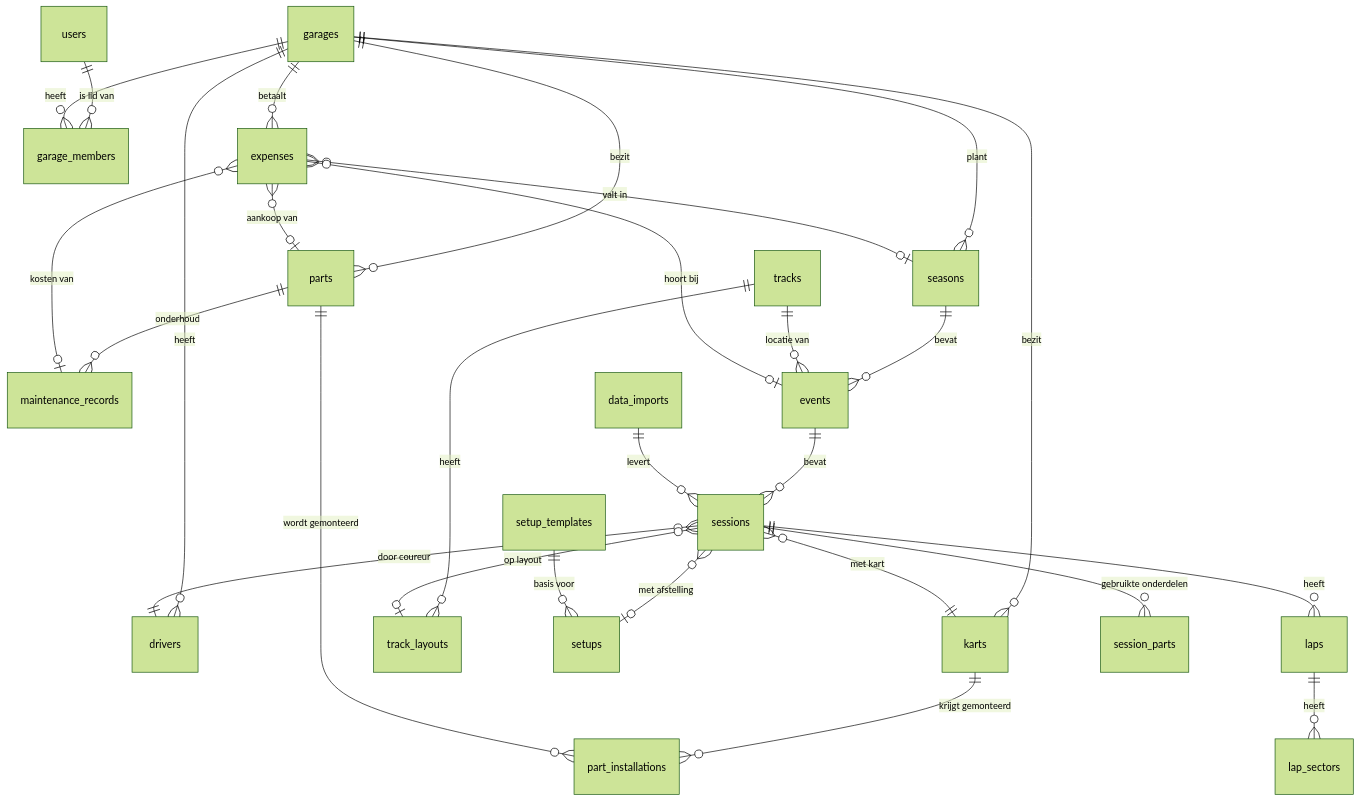
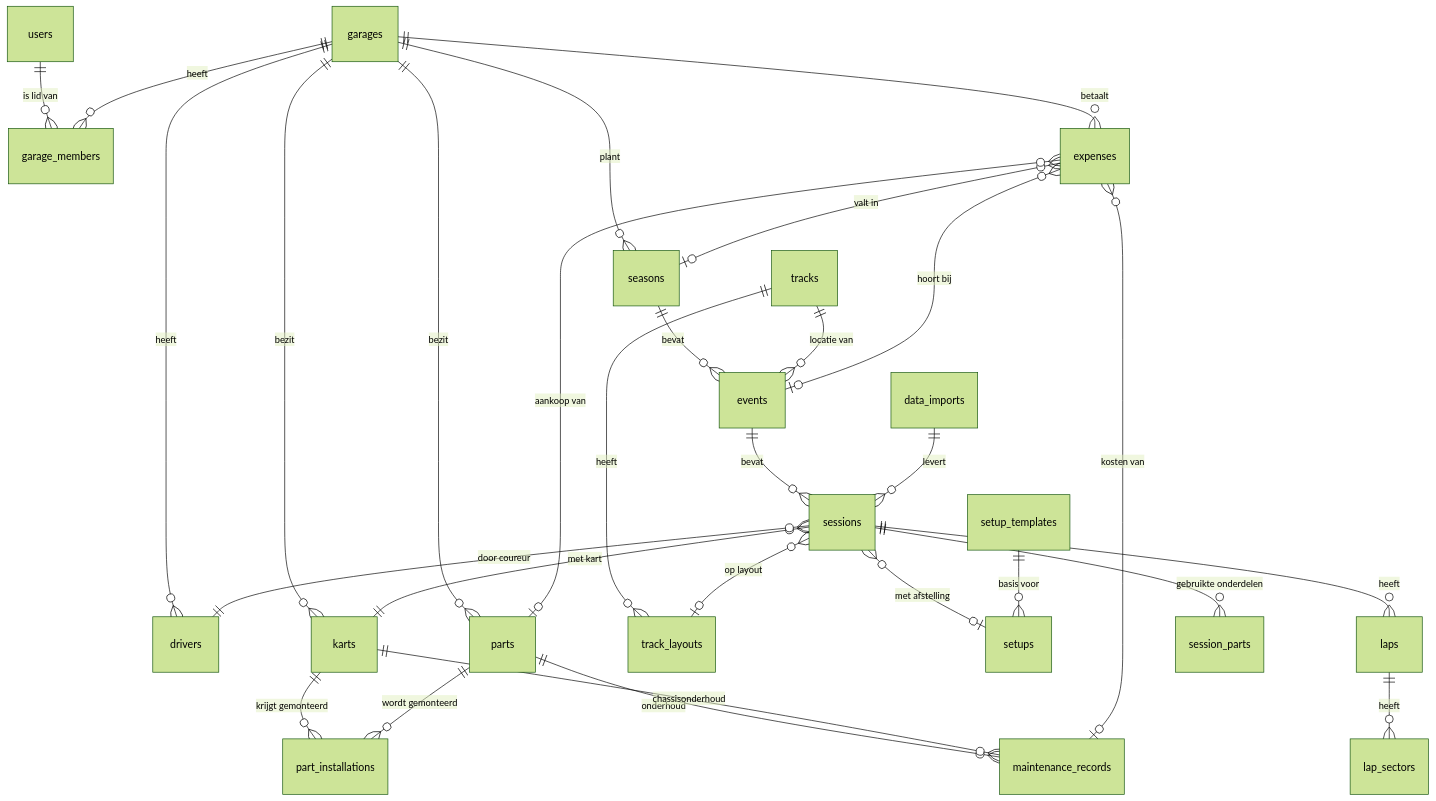
The diagram in docs/datamodel.md (VerstegenRon/corsa-iq), drawn with Mermaid (forest theme) before and after one commit. The commit also changed other lines of this file and 17 other files, not shown here.

````diff
--- a/docs/datamodel.md
+++ b/docs/datamodel.md
@@ -18,35 +18,36 @@
 ```mermaid
 erDiagram
     users ||--o{ garage_members : "is lid van"
     garages ||--o{ garage_members : heeft
     garages ||--o{ drivers : heeft
     garages ||--o{ karts : bezit
     garages ||--o{ parts : bezit
     garages ||--o{ seasons : plant
     garages ||--o{ expenses : betaalt
 
     karts ||--o{ part_installations : "krijgt gemonteerd"
     parts ||--o{ part_installations : "wordt gemonteerd"
     parts ||--o{ maintenance_records : "onderhoud"
+    karts ||--o{ maintenance_records : "chassisonderhoud"
 
     seasons ||--o{ events : bevat
     tracks ||--o{ events : "locatie van"
     tracks ||--o{ track_layouts : heeft
     events ||--o{ sessions : bevat
 
     sessions }o--|| karts : "met kart"
     sessions }o--|| drivers : "door coureur"
     sessions }o--o| setups : "met afstelling"
     sessions }o--o| track_layouts : "op layout"
     sessions ||--o{ laps : heeft
     sessions ||--o{ session_parts : "gebruikte onderdelen"
     laps ||--o{ lap_sectors : heeft
 
     data_imports ||--o{ sessions : levert
     setup_templates ||--o{ setups : "basis voor"
 
     expenses }o--o| seasons : "valt in"
     expenses }o--o| events : "hoort bij"
     expenses }o--o| parts : "aankoop van"
     expenses }o--o| maintenance_records : "kosten van"
 ```
````
